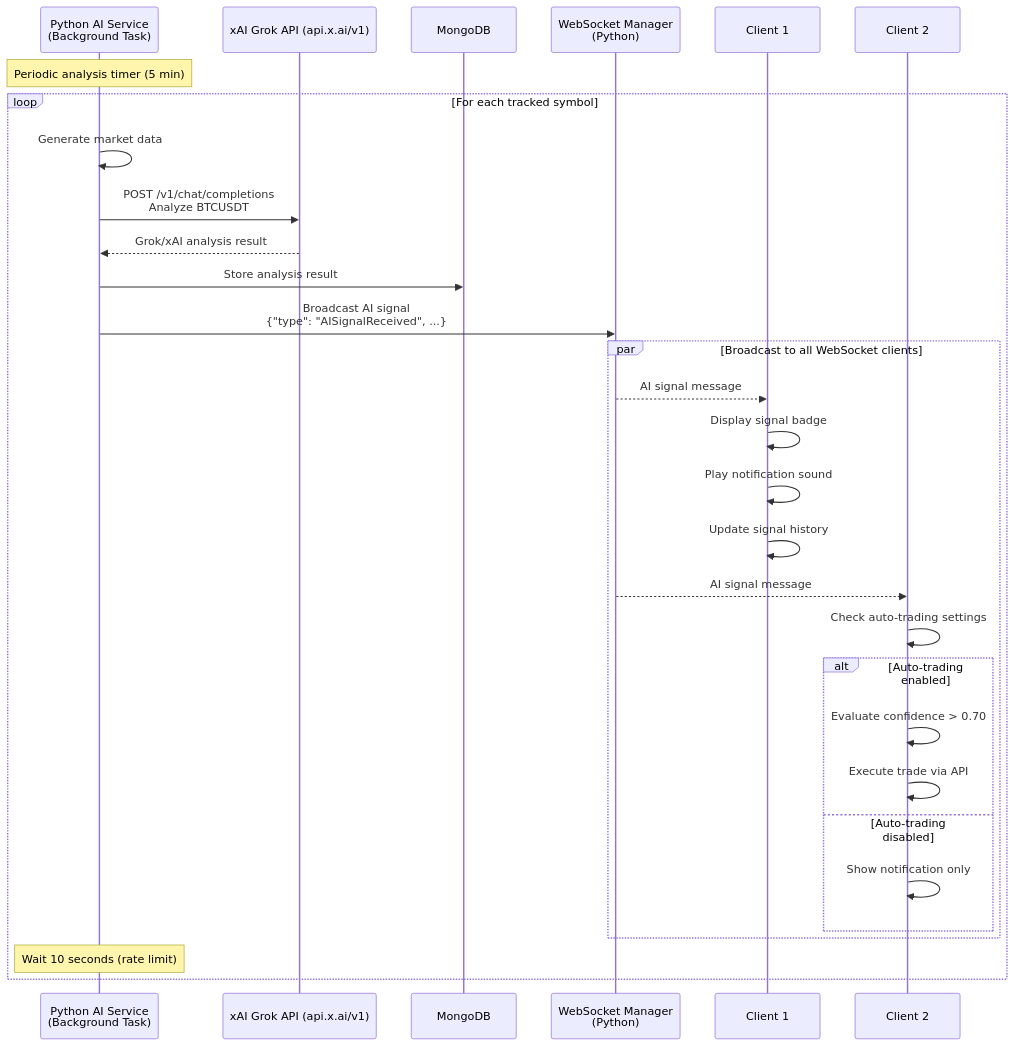
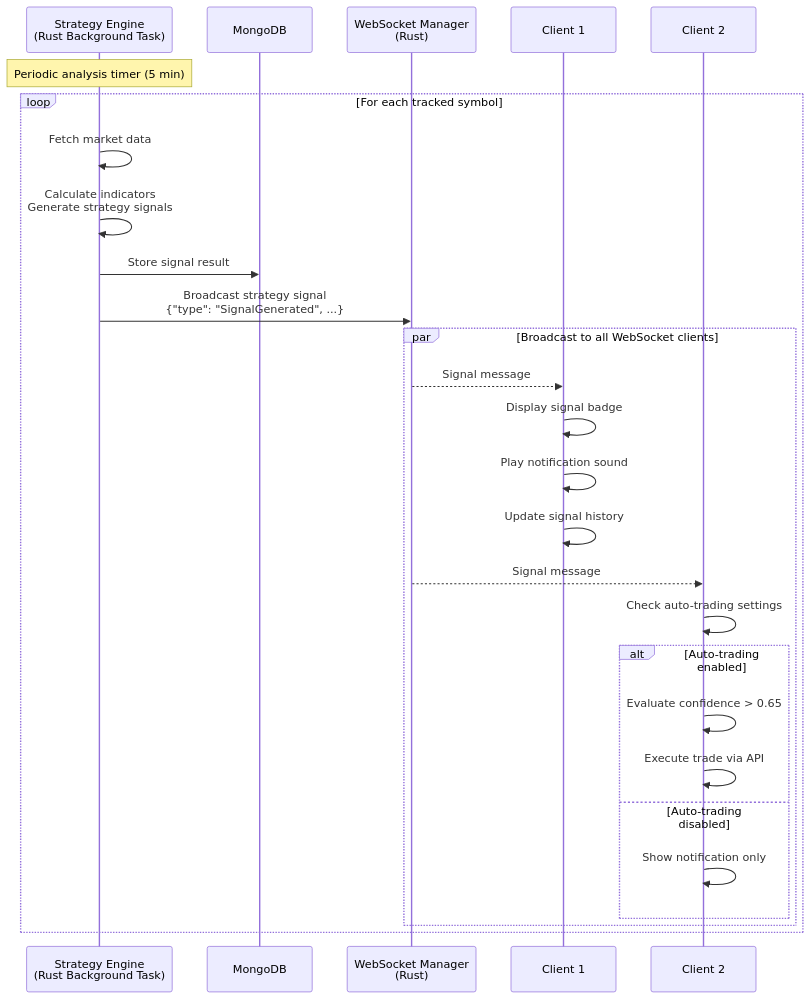
The eighth of 14 diagrams in specifications/02-design/2.3-api/API-SEQUENCES.mermaid (magic-ai-trading-bot/bot-core), drawn with Mermaid before and after one commit. The commit also changed other lines of this file and 92 other files, not shown here.

First line of the commit message:
chore: complete Python AI service cleanup across entire codebase

````diff
--- a/specifications/02-design/2.3-api/API-SEQUENCES.mermaid
+++ b/specifications/02-design/2.3-api/API-SEQUENCES.mermaid
@@ -300,42 +291,37 @@
 ```mermaid
 sequenceDiagram
-    participant PythonAI as Python AI Service<br/>(Background Task)
-    participant GrokAI as xAI Grok API (api.x.ai/v1)
+    participant StrategyEngine as Strategy Engine<br/>(Rust Background Task)
     participant MongoDB
-    participant WSManager as WebSocket Manager<br/>(Python)
+    participant WSManager as WebSocket Manager<br/>(Rust)
     participant Client1 as Client 1
     participant Client2 as Client 2
 
-    Note over PythonAI: Periodic analysis timer (5 min)
+    Note over StrategyEngine: Periodic analysis timer (5 min)
 
     loop For each tracked symbol
-        PythonAI->>PythonAI: Generate market data
+        StrategyEngine->>StrategyEngine: Fetch market data
 
-        PythonAI->>GrokAI: POST /v1/chat/completions<br/>Analyze BTCUSDT
+        StrategyEngine->>StrategyEngine: Calculate indicators<br/>Generate strategy signals
 
-        GrokAI-->>PythonAI: Grok/xAI analysis result
+        StrategyEngine->>MongoDB: Store signal result
 
-        PythonAI->>MongoDB: Store analysis result
-
-        PythonAI->>WSManager: Broadcast AI signal<br/>{"type": "AISignalReceived", ...}
+        StrategyEngine->>WSManager: Broadcast strategy signal<br/>{"type": "SignalGenerated", ...}
 
         par Broadcast to all WebSocket clients
-            WSManager-->>Client1: AI signal message
+            WSManager-->>Client1: Signal message
             Client1->>Client1: Display signal badge
             Client1->>Client1: Play notification sound
             Client1->>Client1: Update signal history
 
-            WSManager-->>Client2: AI signal message
+            WSManager-->>Client2: Signal message
             Client2->>Client2: Check auto-trading settings
 
             alt Auto-trading enabled
-                Client2->>Client2: Evaluate confidence > 0.70
+                Client2->>Client2: Evaluate confidence > 0.65
                 Client2->>Client2: Execute trade via API
             else Auto-trading disabled
                 Client2->>Client2: Show notification only
             end
         end
-
-        Note over PythonAI: Wait 10 seconds (rate limit)
     end
 ```
````
